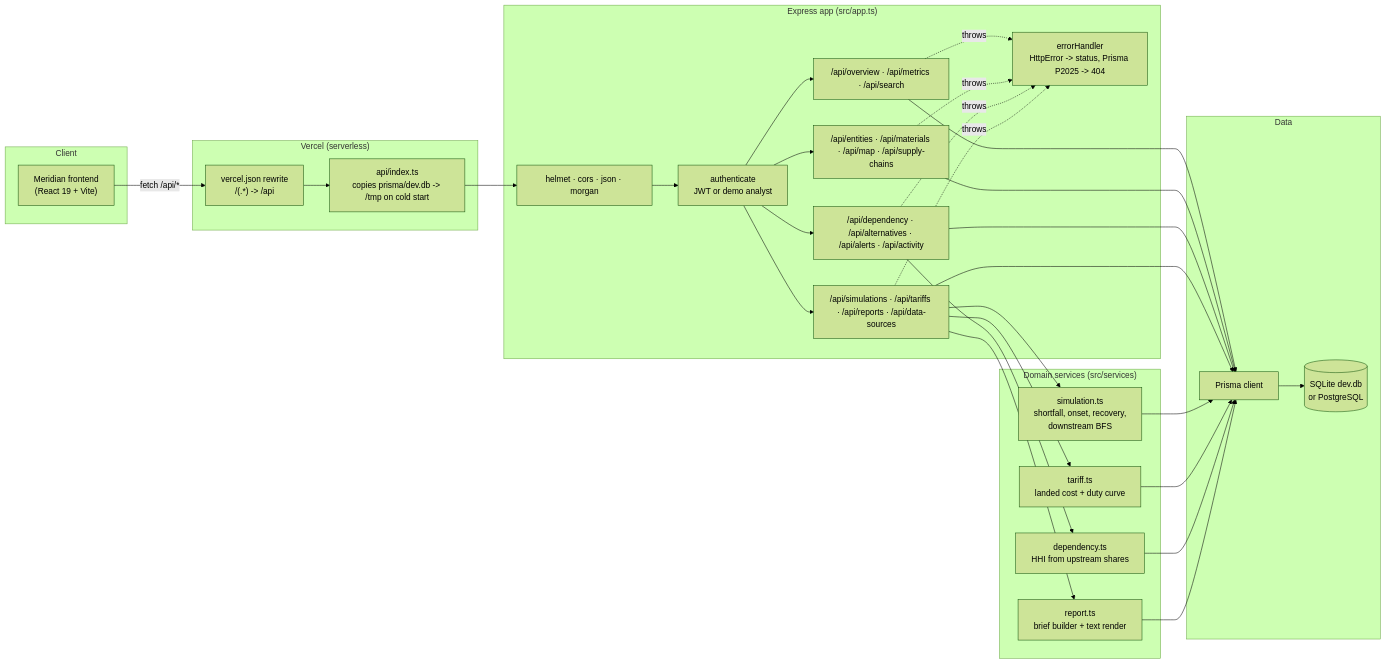
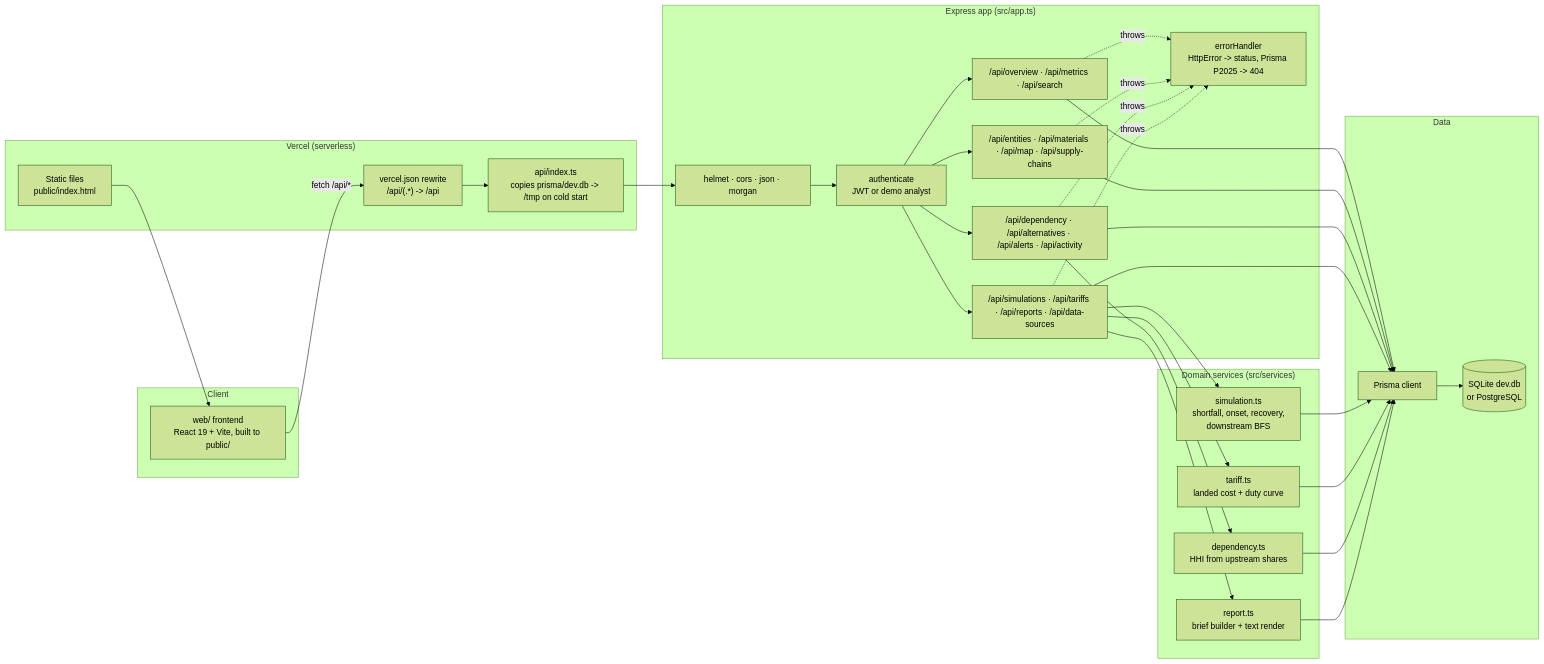
Before and after one commit to DhruvJoshi-GIT/meridian-backend: the first of 5 diagrams in README.md, drawn with Mermaid (forest theme). The commit also changed other lines of this file and 29 other files, not shown here.

First line of the commit message:
Add the frontend: Figma Make export wired to the API, served from the same Vercel project

````diff
--- a/README.md
+++ b/README.md
@@ -31,41 +34,43 @@
 ```mermaid
 flowchart LR
     subgraph Client
-        UI["Meridian frontend<br/>(React 19 + Vite)"]
+        UI["web/ frontend<br/>React 19 + Vite, built to public/"]
     end
 
     subgraph Vercel["Vercel (serverless)"]
-        RW["vercel.json rewrite<br/>/(.*) -> /api"]
+        ST["Static files<br/>public/index.html"]
+        RW["vercel.json rewrite<br/>/api/(.*) -> /api"]
         FN["api/index.ts<br/>copies prisma/dev.db -> /tmp on cold start"]
     end
 
     subgraph App["Express app (src/app.ts)"]
         MW["helmet · cors · json · morgan"]
         AUTH["authenticate<br/>JWT or demo analyst"]
         R1["/api/overview · /api/metrics · /api/search"]
         R2["/api/entities · /api/materials · /api/map · /api/supply-chains"]
         R3["/api/dependency · /api/alternatives · /api/alerts · /api/activity"]
         R4["/api/simulations · /api/tariffs · /api/reports · /api/data-sources"]
         ERR["errorHandler<br/>HttpError -> status, Prisma P2025 -> 404"]
     end
 
     subgraph Services["Domain services (src/services)"]
         SIM["simulation.ts<br/>shortfall, onset, recovery,<br/>downstream BFS"]
         TAR["tariff.ts<br/>landed cost + duty curve"]
         DEP["dependency.ts<br/>HHI from upstream shares"]
         REP["report.ts<br/>brief builder + text render"]
     end
 
     subgraph Data
         PR["Prisma client"]
         DB[("SQLite dev.db<br/>or PostgreSQL")]
     end
 
+    ST --> UI
     UI -- "fetch /api/*" --> RW --> FN --> MW --> AUTH --> R1 & R2 & R3 & R4
     R3 --> DEP
     R4 --> SIM & TAR & REP
     R1 & R2 & R3 & R4 --> PR
     SIM & TAR & DEP & REP --> PR
     PR --> DB
     R1 & R2 & R3 & R4 -. throws .-> ERR
 ```
````
